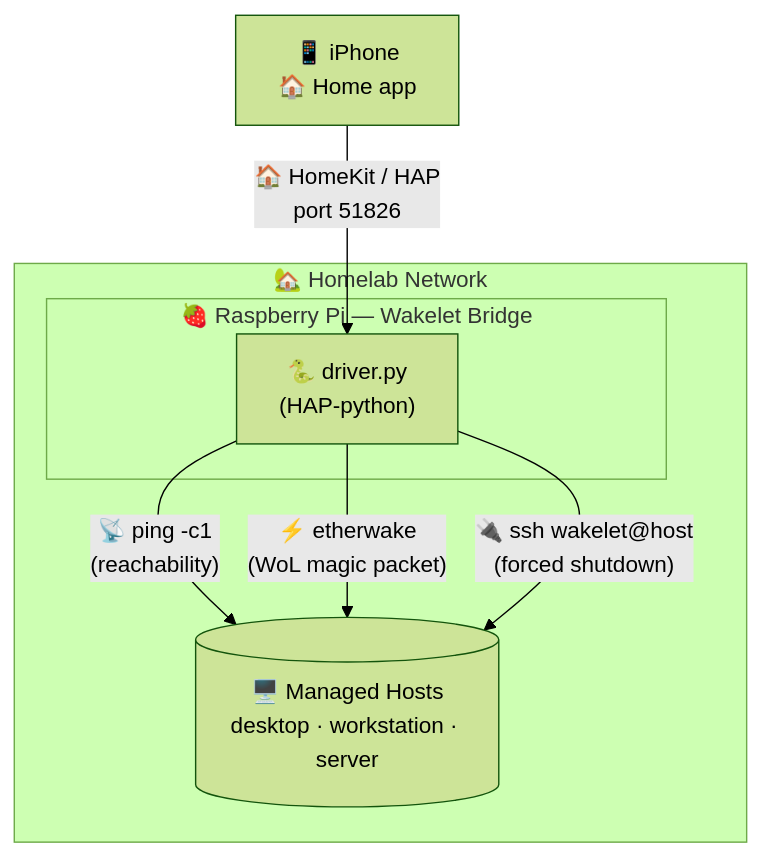
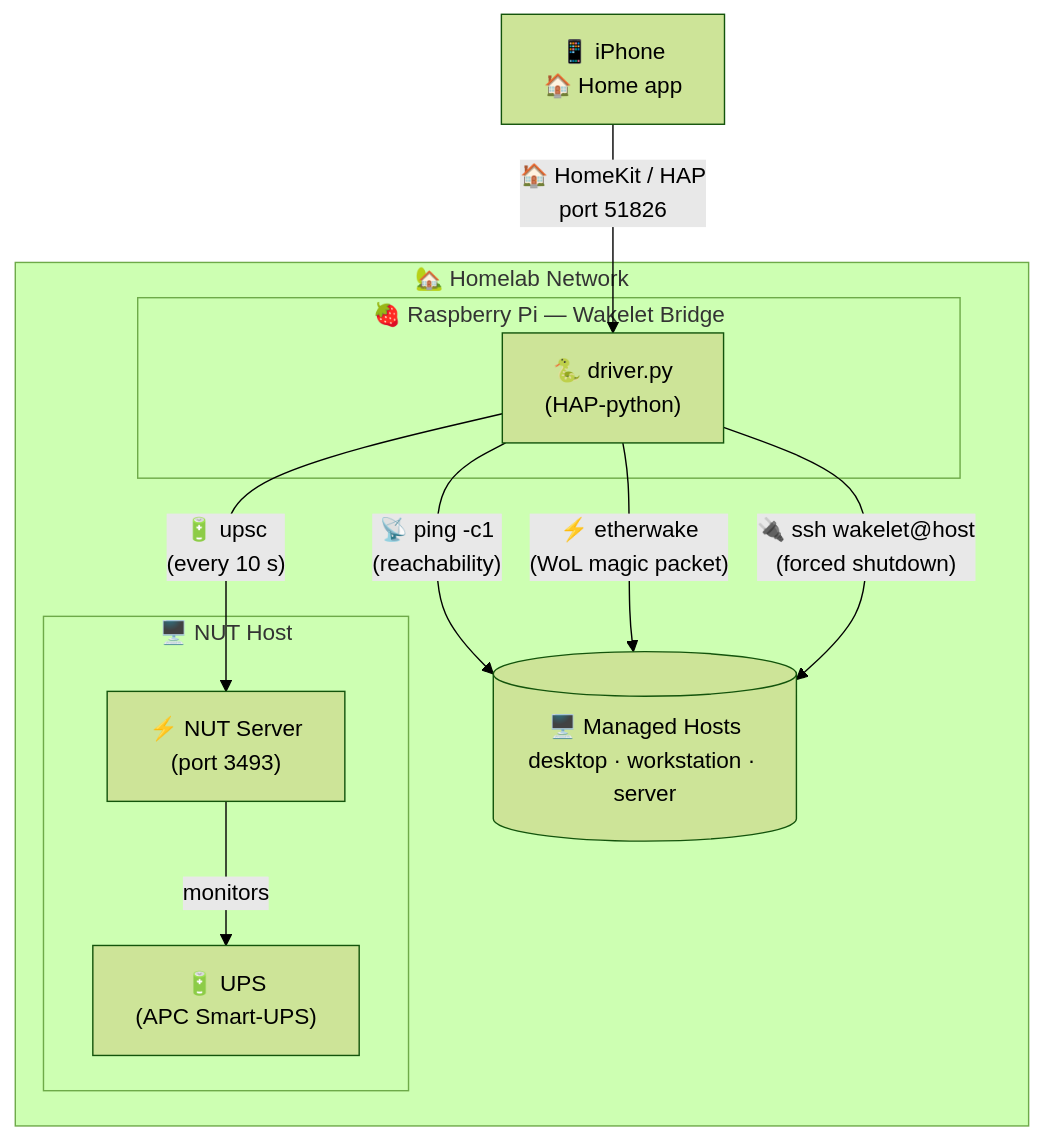
The diagram in README.md (tlhakhan/wakelet), drawn with Mermaid (forest theme) before and after one commit. The commit also changed other lines of this file, not shown here.

Commit message:
Update architecture diagram to include UPS/NUT monitoring
Add NUT server and UPS nodes to the Mermaid diagram and fix the
poll interval reference from 30 s to 10 s.

````diff
--- a/README.md
+++ b/README.md
@@ -7,18 +7,25 @@
 ```mermaid
 graph TB
     iPhone["📱 iPhone\n🏠 Home app"]
 
     subgraph homelab["🏡 Homelab Network"]
         subgraph pi["🍓 Raspberry Pi — Wakelet Bridge"]
             driver["🐍 driver.py\n(HAP-python)"]
         end
 
         hosts[("🖥️ Managed Hosts\ndesktop · workstation · server")]
+
+        subgraph nut_host["🖥️ NUT Host"]
+            nut["⚡ NUT Server\n(port 3493)"]
+            ups["🔋 UPS\n(APC Smart-UPS)"]
+        end
     end
 
     iPhone -->|"🏠 HomeKit / HAP\nport 51826"| driver
 
     driver -->|"📡 ping -c1\n(reachability)"| hosts
     driver -->|"⚡ etherwake\n(WoL magic packet)"| hosts
     driver -->|"🔌 ssh wakelet@host\n(forced shutdown)"| hosts
+    driver -->|"🔋 upsc\n(every 10 s)"| nut
+    nut -->|"monitors"| ups
 ```
````
